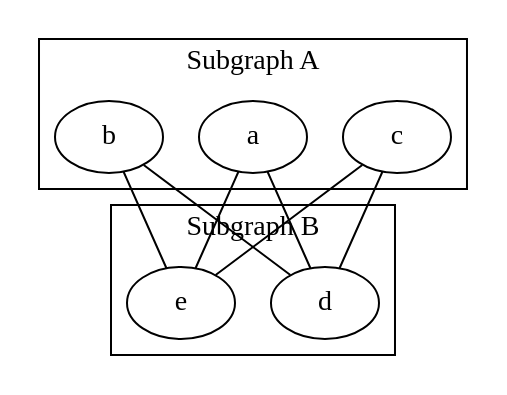
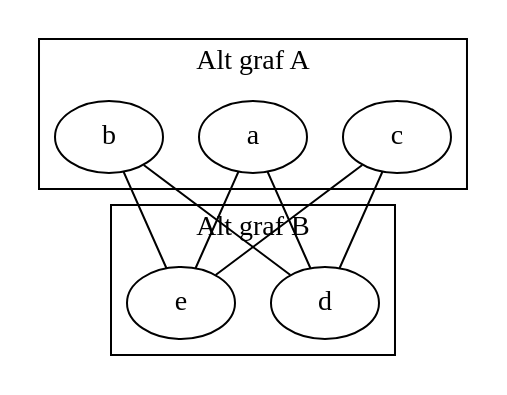
Diagram 14 of 18 in README.md (maidis/dot-turkce-rehber), drawn with Graphviz before and after one commit. The commit also changed other lines of this file and 33 other files, not shown here.

````diff
--- a/README.md
+++ b/README.md
@@ -234,21 +256,21 @@
 ```dot
 graph {
     splines=line;
     subgraph cluster_0 {
-        label="Subgraph A";
+        label="Alt graf A";
         a; b; c
     }
 
     subgraph cluster_1 {
-        label="Subgraph B";
+        label="Alt graf B";
         d; e;
     }
 
     a -- e;
     a -- d;
     b -- d;
     b -- e;
     c -- d;
     c -- e;
 }
 ```
````
